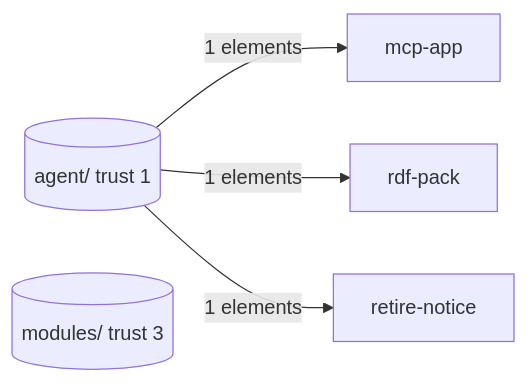
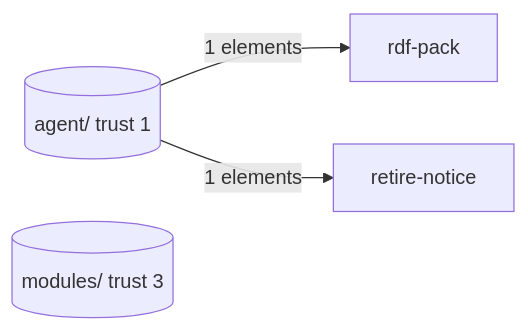
One commit to vic/sven changed diagram 11 of 12 in templates/fleet/README.md. Above: the diagram before and after it, drawn with Mermaid. The commit also changed other lines of this file and 105 other files, not shown here.

````diff
--- a/templates/fleet/README.md
+++ b/templates/fleet/README.md
@@ -1413,11 +1417,9 @@
 ```mermaid
 flowchart LR
   n052ebd9803[("agent/ trust 1")]
   nab84cbff4d[("modules/ trust 3")]
-  n6f0da42c91["mcp-app"]
   n41d6a0a05f["rdf-pack"]
   neafe37b099["retire-notice"]
-  n052ebd9803 -->|"1 elements"| n6f0da42c91
   n052ebd9803 -->|"1 elements"| n41d6a0a05f
   n052ebd9803 -->|"1 elements"| neafe37b099
 ```
````
